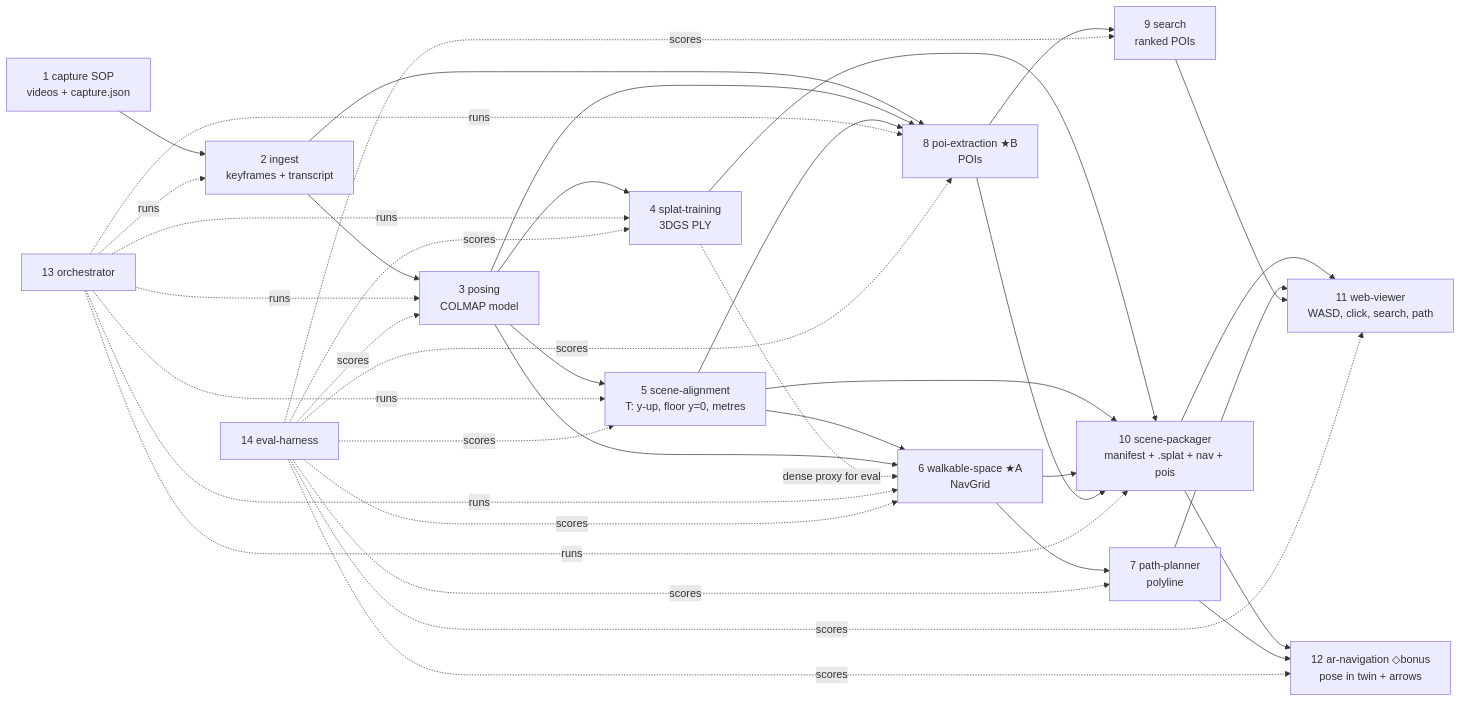
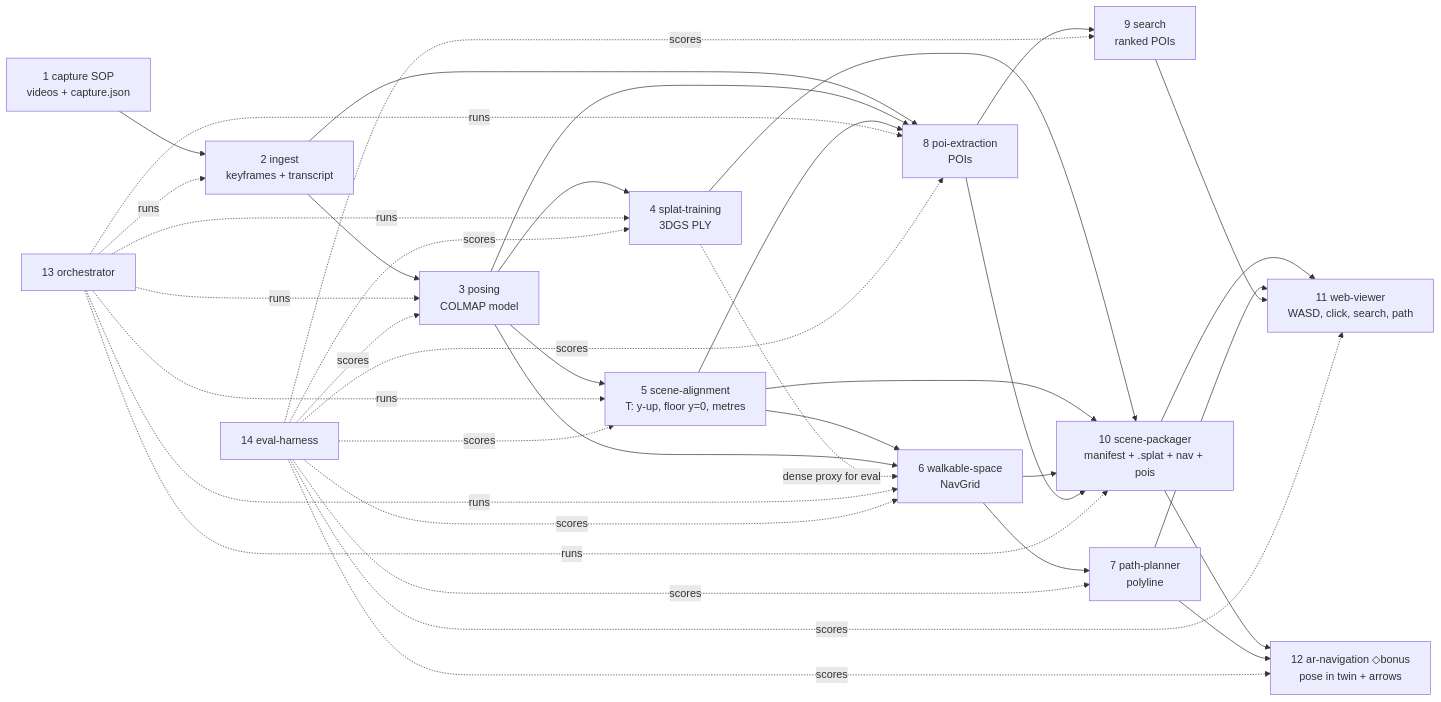
Before and after one commit to imdigitalashish/techfest-2026: the diagram in namma-space/architecture/components.md, drawn with Mermaid. The commit also changed other lines of this file and 10 other files, not shown here.

````diff
--- a/namma-space/architecture/components.md
+++ b/namma-space/architecture/components.md
@@ -6,26 +6,26 @@
 ```mermaid
 flowchart LR
   CAP[1 capture SOP<br/>videos + capture.json] --> ING[2 ingest<br/>keyframes + transcript]
   ING --> POS[3 posing<br/>COLMAP model]
   POS --> SPL[4 splat-training<br/>3DGS PLY]
   POS --> ALI[5 scene-alignment<br/>T: y-up, floor y=0, metres]
-  ALI --> WAL["6 walkable-space ★A<br/>NavGrid"]
+  ALI --> WAL["6 walkable-space<br/>NavGrid"]
   POS --> WAL
   SPL -. dense proxy for eval .-> WAL
   WAL --> PLN[7 path-planner<br/>polyline]
-  ING --> POI["8 poi-extraction ★B<br/>POIs"]
+  ING --> POI["8 poi-extraction<br/>POIs"]
   POS --> POI
   ALI --> POI
   POI --> SRCH[9 search<br/>ranked POIs]
   SPL --> PKG[10 scene-packager<br/>manifest + .splat + nav + pois]
   ALI --> PKG
   WAL --> PKG
   POI --> PKG
   PKG --> VIEW[11 web-viewer<br/>WASD, click, search, path]
   PLN --> VIEW
   SRCH --> VIEW
   PKG --> AR[12 ar-navigation ◇bonus<br/>pose in twin + arrows]
   PLN --> AR
   ORC[13 orchestrator] -. runs .-> ING & POS & SPL & ALI & WAL & POI & PKG
   EV[14 eval-harness] -. scores .-> POS & SPL & ALI & WAL & PLN & POI & SRCH & VIEW & AR
 ```
````
